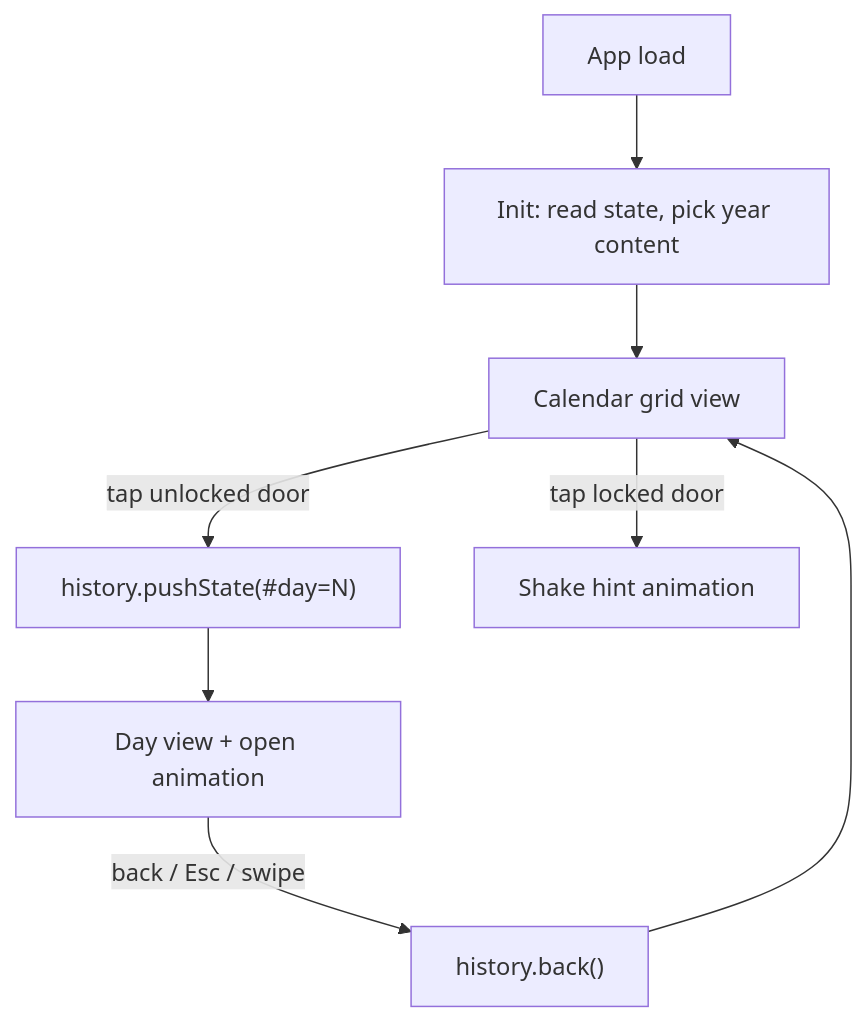
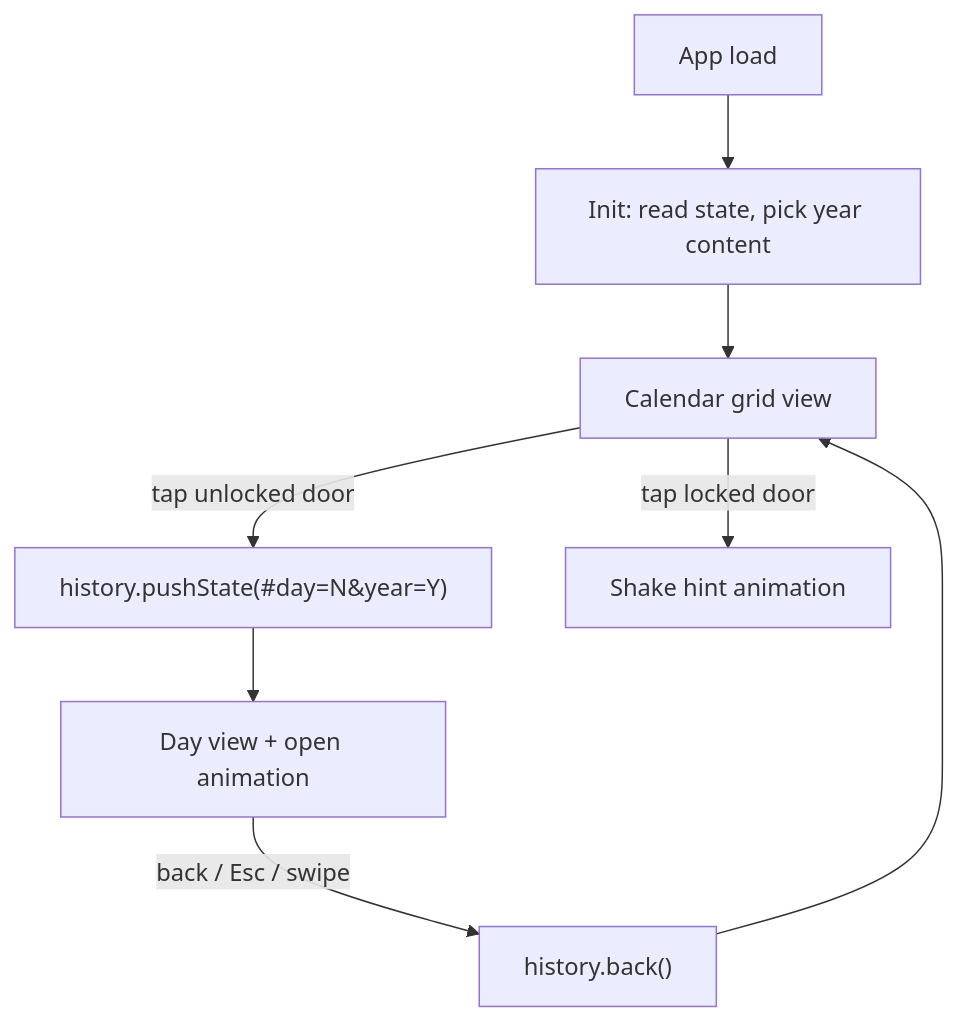
Before and after one commit to 3tmp/Song-Adventskalender: the diagram in IMPLEMENTATION_PLAN.md, drawn with Mermaid. The commit also changed other lines of this file and 1 other file, not shown here.

First line of the commit message:
Rework content model for entry types and multi-year support

````diff
--- a/IMPLEMENTATION_PLAN.md
+++ b/IMPLEMENTATION_PLAN.md
@@ -45,10 +50,10 @@
 ```mermaid
 flowchart TD
   load["App load"] --> init["Init: read state, pick year content"]
   init --> grid["Calendar grid view"]
-  grid -->|"tap unlocked door"| push["history.pushState(#day=N)"]
+  grid -->|"tap unlocked door"| push["history.pushState(#day=N&year=Y)"]
   push --> day["Day view + open animation"]
   day -->|"back / Esc / swipe"| pop["history.back()"]
   pop --> grid
   grid -->|"tap locked door"| shake["Shake hint animation"]
 ```
````
